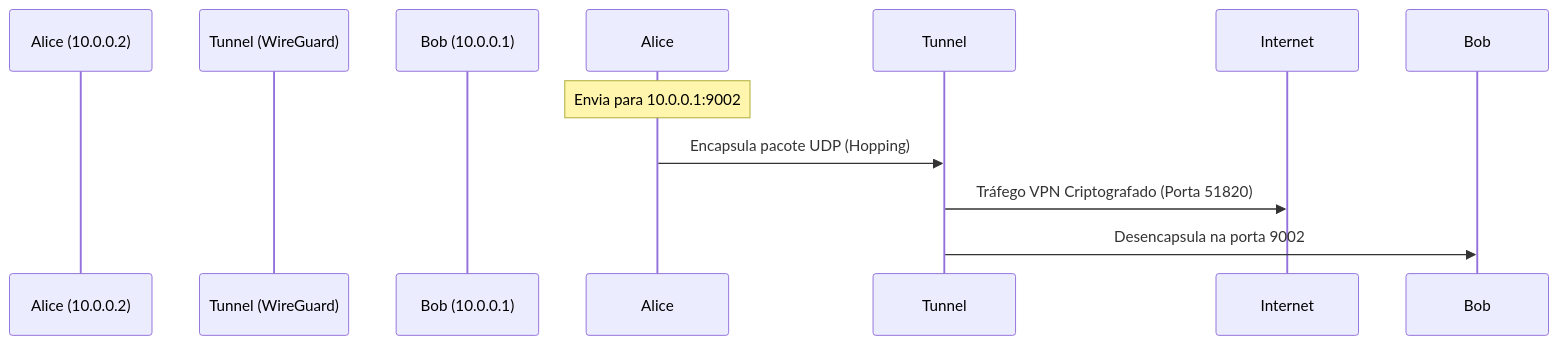
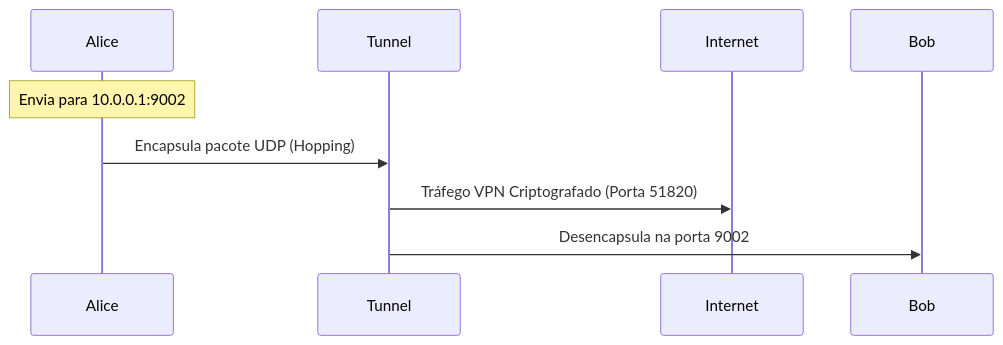
Before and after one commit to felipeandrian/fep-interstice: the second of 2 diagrams in README.md, drawn with Mermaid.

Commit message:
readme updated

````diff
--- a/README.md
+++ b/README.md
@@ -133,11 +133,8 @@
 ```mermaid
 sequenceDiagram
-    participant Alice (10.0.0.2)
-    participant Tunnel (WireGuard)
-    participant Bob (10.0.0.1)
 
     Note over Alice: Envia para 10.0.0.1:9002
     Alice->>Tunnel: Encapsula pacote UDP (Hopping)
     Tunnel->>Internet: Tráfego VPN Criptografado (Porta 51820)
     Tunnel->>Bob: Desencapsula na porta 9002
 ```
````
